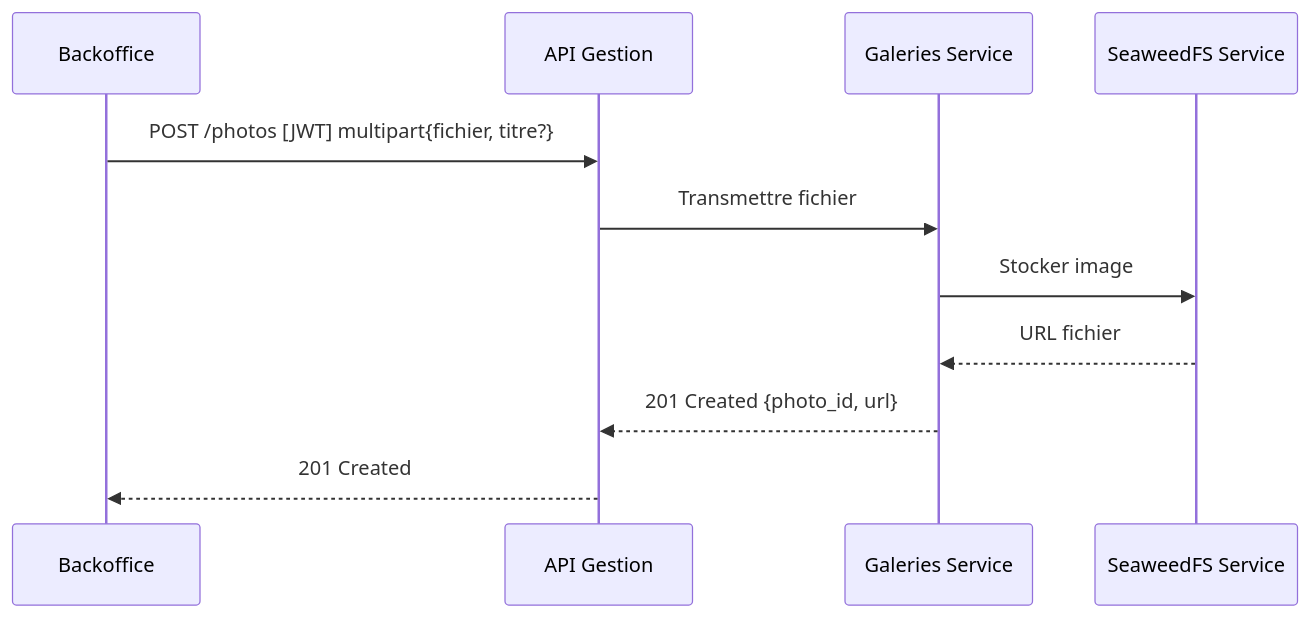
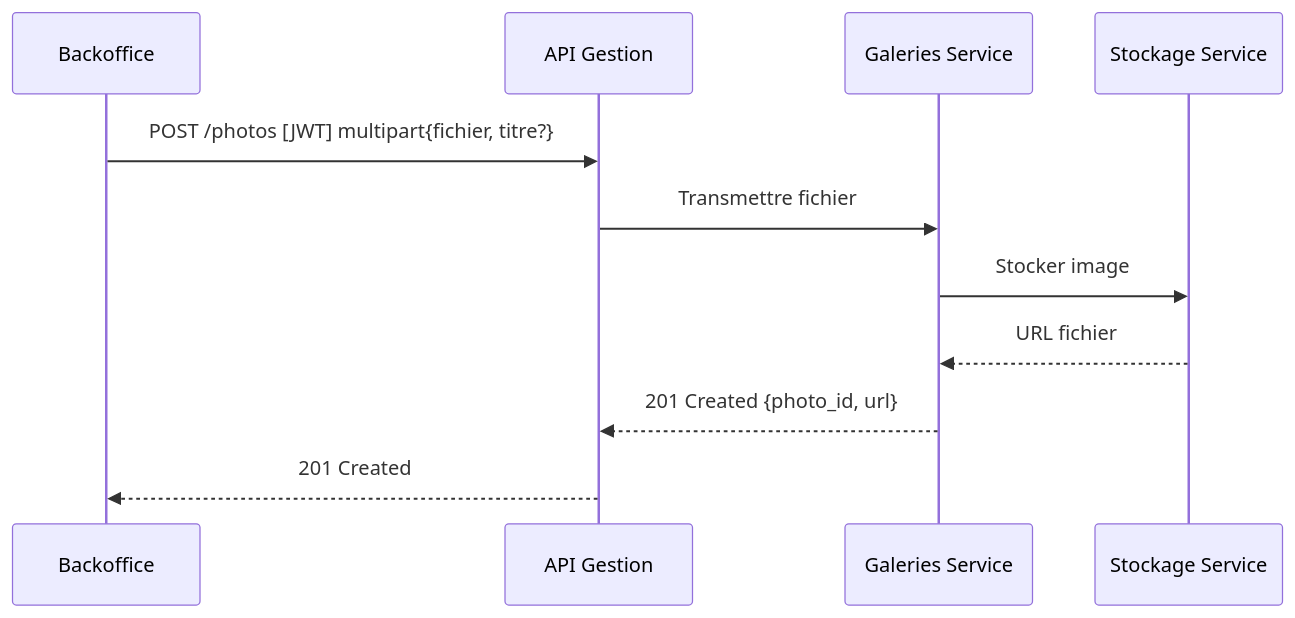
One commit to Paul5400/photo-pro changed the diagram in diagrams/upload-18e06b.mmd. Above: the diagram before and after it, drawn with Mermaid.

Commit message:
Update: Upload

```diff
--- a/diagrams/upload-18e06b.mmd
+++ b/diagrams/upload-18e06b.mmd
@@ -1,12 +1,12 @@
 sequenceDiagram
     participant FE as Backoffice
     participant GW as API Gestion
     participant GAL as Galeries Service
-    participant S3 as SeaweedFS Service
+    participant S3 as Stockage Service
 
     FE->>GW: POST /photos [JWT] multipart{fichier, titre?}
     GW->>GAL: Transmettre fichier
     GAL->>S3: Stocker image
     S3-->>GAL: URL fichier
     GAL-->>GW: 201 Created {photo_id, url}
     GW-->>FE: 201 Created
```
